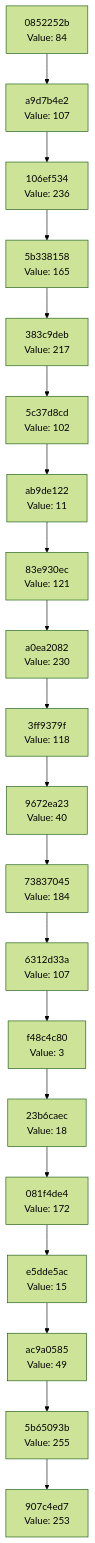
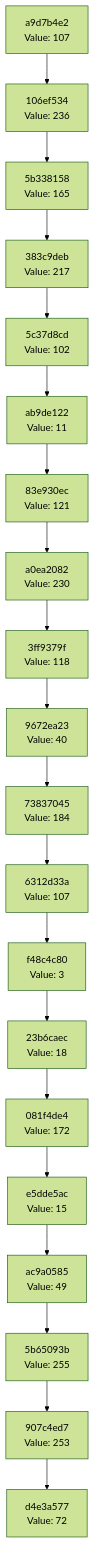
One commit to Abhisheksinha1506/hash-chain-evolver changed the diagram in docs/CHAIN_VISUALIZATION.md. Above: the diagram before and after it, drawn with Mermaid (forest theme). The commit also changed 3 other files, not shown here.

````diff
--- a/docs/CHAIN_VISUALIZATION.md
+++ b/docs/CHAIN_VISUALIZATION.md
@@ -3,42 +3,42 @@
 ```mermaid
 graph TD
-    C0["907c4ed7<br/>Value: 253"]
-    C1["5b65093b<br/>Value: 255"]
+    C0["d4e3a577<br/>Value: 72"]
+    C1["907c4ed7<br/>Value: 253"]
     C1 --> C0
-    C2["ac9a0585<br/>Value: 49"]
+    C2["5b65093b<br/>Value: 255"]
     C2 --> C1
-    C3["e5dde5ac<br/>Value: 15"]
+    C3["ac9a0585<br/>Value: 49"]
     C3 --> C2
-    C4["081f4de4<br/>Value: 172"]
+    C4["e5dde5ac<br/>Value: 15"]
     C4 --> C3
-    C5["23b6caec<br/>Value: 18"]
+    C5["081f4de4<br/>Value: 172"]
     C5 --> C4
-    C6["f48c4c80<br/>Value: 3"]
+    C6["23b6caec<br/>Value: 18"]
     C6 --> C5
-    C7["6312d33a<br/>Value: 107"]
+    C7["f48c4c80<br/>Value: 3"]
     C7 --> C6
-    C8["73837045<br/>Value: 184"]
+    C8["6312d33a<br/>Value: 107"]
     C8 --> C7
-    C9["9672ea23<br/>Value: 40"]
+    C9["73837045<br/>Value: 184"]
     C9 --> C8
-    C10["3ff9379f<br/>Value: 118"]
+    C10["9672ea23<br/>Value: 40"]
     C10 --> C9
-    C11["a0ea2082<br/>Value: 230"]
+    C11["3ff9379f<br/>Value: 118"]
     C11 --> C10
-    C12["83e930ec<br/>Value: 121"]
+    C12["a0ea2082<br/>Value: 230"]
     C12 --> C11
-    C13["ab9de122<br/>Value: 11"]
+    C13["83e930ec<br/>Value: 121"]
     C13 --> C12
-    C14["5c37d8cd<br/>Value: 102"]
+    C14["ab9de122<br/>Value: 11"]
     C14 --> C13
-    C15["383c9deb<br/>Value: 217"]
+    C15["5c37d8cd<br/>Value: 102"]
     C15 --> C14
-    C16["5b338158<br/>Value: 165"]
+    C16["383c9deb<br/>Value: 217"]
     C16 --> C15
-    C17["106ef534<br/>Value: 236"]
+    C17["5b338158<br/>Value: 165"]
     C17 --> C16
-    C18["a9d7b4e2<br/>Value: 107"]
+    C18["106ef534<br/>Value: 236"]
     C18 --> C17
-    C19["0852252b<br/>Value: 84"]
+    C19["a9d7b4e2<br/>Value: 107"]
     C19 --> C18
 ```
````
